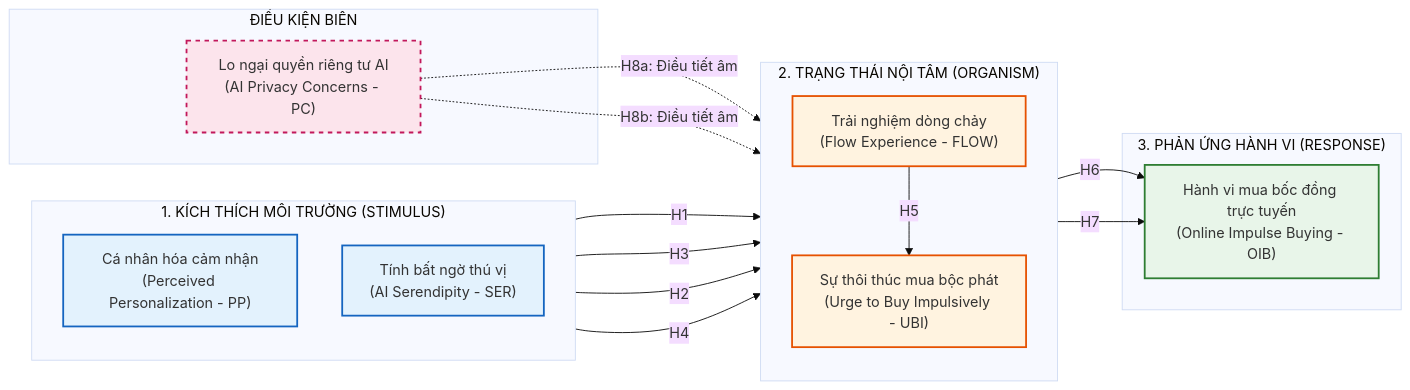
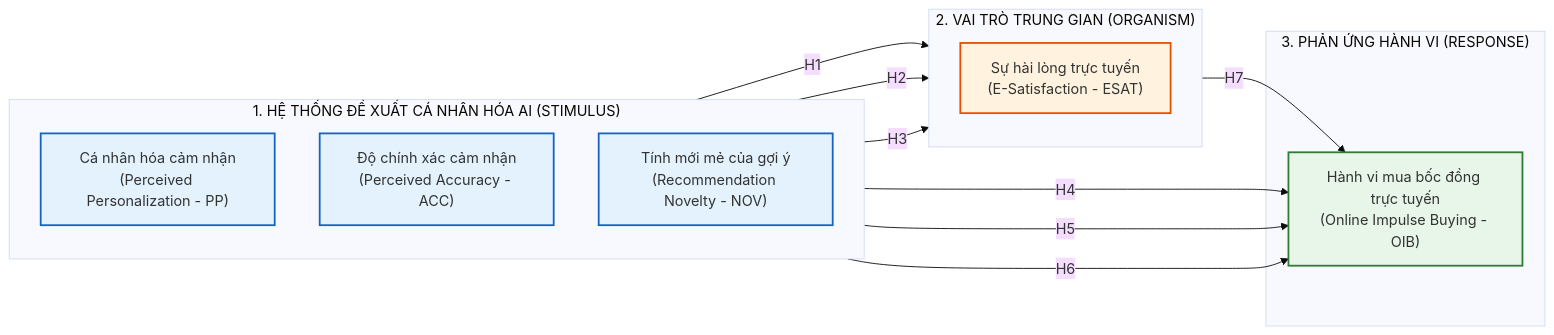
One commit to hailp1/PhD_Skill changed the diagram in de_cuong_nghien_cuu_chi_tiet.md. Above: the diagram before and after it, drawn with Mermaid (base theme). The commit also changed other lines of this file, not shown here.

````diff
--- a/de_cuong_nghien_cuu_chi_tiet.md
+++ b/de_cuong_nghien_cuu_chi_tiet.md
@@ -70,50 +71,43 @@
 ```mermaid
 flowchart LR
     %% Subgraph Stimulus
-    subgraph S ["1. KÍCH THÍCH MÔI TRƯỜNG (STIMULUS)"]
+    subgraph S ["1. HỆ THỐNG ĐỀ XUẤT CÁ NHÂN HÓA AI (STIMULUS)"]
         direction TB
         PP["Cá nhân hóa cảm nhận<br/>(Perceived Personalization - PP)"]
-        SER["Tính bất ngờ thú vị<br/>(AI Serendipity - SER)"]
+        ACC["Độ chính xác cảm nhận<br/>(Perceived Accuracy - ACC)"]
+        NOV["Tính mới mẻ của gợi ý<br/>(Recommendation Novelty - NOV)"]
     end
 
-    %% Subgraph Organism
-    subgraph O ["2. TRẠNG THÁI NỘI TÂM (ORGANISM)"]
+    %% Subgraph Organism / Mediator
+    subgraph O ["2. VAI TRÒ TRUNG GIAN (ORGANISM)"]
         direction TB
-        FLOW["Trải nghiệm dòng chảy<br/>(Flow Experience - FLOW)"]
-        UBI["Sự thôi thúc mua bộc phát<br/>(Urge to Buy Impulsively - UBI)"]
+        ESAT["Sự hài lòng trực tuyến<br/>(E-Satisfaction - ESAT)"]
     end
 
     %% Subgraph Response
     subgraph R ["3. PHẢN ỨNG HÀNH VI (RESPONSE)"]
         OIB["Hành vi mua bốc đồng trực tuyến<br/>(Online Impulse Buying - OIB)"]
     end
 
-    %% Moderator
-    subgraph M ["ĐIỀU KIỆN BIÊN"]
-        PC["Lo ngại quyền riêng tư AI<br/>(AI Privacy Concerns - PC)"]
-    end
+    %% Direct Relationships to Mediator
+    PP -->|H1| ESAT
+    ACC -->|H2| ESAT
+    NOV -->|H3| ESAT
 
-    %% Direct & Mediating Relationships
-    PP -->|H1| FLOW
-    PP -->|H3| UBI
-    SER -->|H2| FLOW
-    SER -->|H4| UBI
-    FLOW -->|H5| UBI
-    FLOW -->|H6| OIB
-    UBI -->|H7| OIB
+    %% Direct Relationships to DV
+    PP -->|H4| OIB
+    ACC -->|H5| OIB
+    NOV -->|H6| OIB
 
-    %% Moderating Relationships (Dashed lines)
-    PC -.->|H8a: Điều tiết âm| FLOW
-    PC -.->|H8b: Điều tiết âm| UBI
+    %% Mediator to DV
+    ESAT -->|H7| OIB
 
     %% Styling
     classDef stimulus fill:#e3f2fd,stroke:#1565c0,stroke-width:2px;
-    classDef organism fill:#fff3e0,stroke:#e65100,stroke-width:2px;
+    classDef mediator fill:#fff3e0,stroke:#e65100,stroke-width:2px;
     classDef response fill:#e8f5e9,stroke:#2e7d32,stroke-width:2px;
-    classDef moderator fill:#fce4ec,stroke:#c2185b,stroke-width:2px,stroke-dasharray: 5 5;
 
-    class PP,SER stimulus;
-    class FLOW,UBI organism;
+    class PP,ACC,NOV stimulus;
+    class ESAT mediator;
     class OIB response;
-    class PC moderator;
 ```
````
